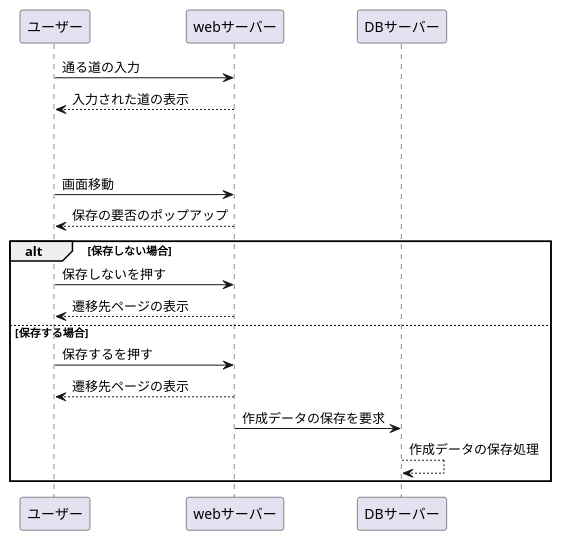
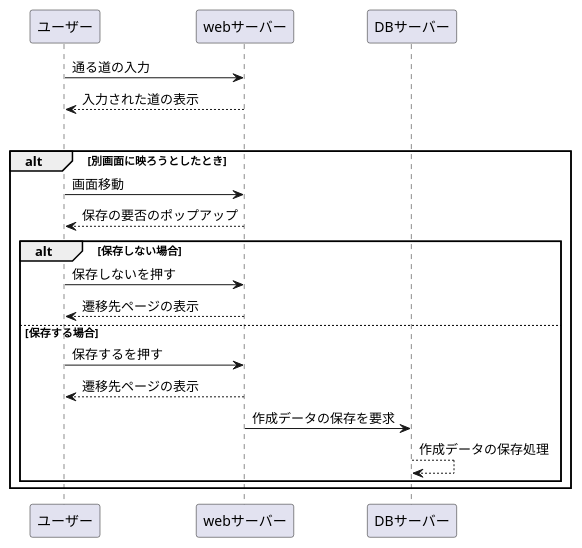
The diagram in 業務フロー図/rootcreate_flow.md (AsoSD3A3/CyclingSystem), drawn with PlantUML before and after one commit.

````diff
--- a/業務フロー図/rootcreate_flow.md
+++ b/業務フロー図/rootcreate_flow.md
@@ -1,27 +1,28 @@
 ```uml
 @startuml
 
 ユーザー -> webサーバー : 通る道の入力
 webサーバー --> ユーザー : 入力された道の表示
 
 opt 途中で作成を中断する場合
 
 alt 別画面に映ろうとしたとき
 ユーザー -> webサーバー : 画面移動
 webサーバー --> ユーザー : 保存の要否のポップアップ
 
 alt 保存しない場合
 ユーザー -> webサーバー : 保存しないを押す
 webサーバー --> ユーザー : 遷移先ページの表示
 
 
 else 保存する場合
 ユーザー -> webサーバー : 保存するを押す
 webサーバー --> ユーザー : 遷移先ページの表示
 webサーバー -> DBサーバー : 作成データの保存を要求
 DBサーバー --> DBサーバー : 作成データの保存処理
 end
+end
 
 
 @enduml
 ```
````
